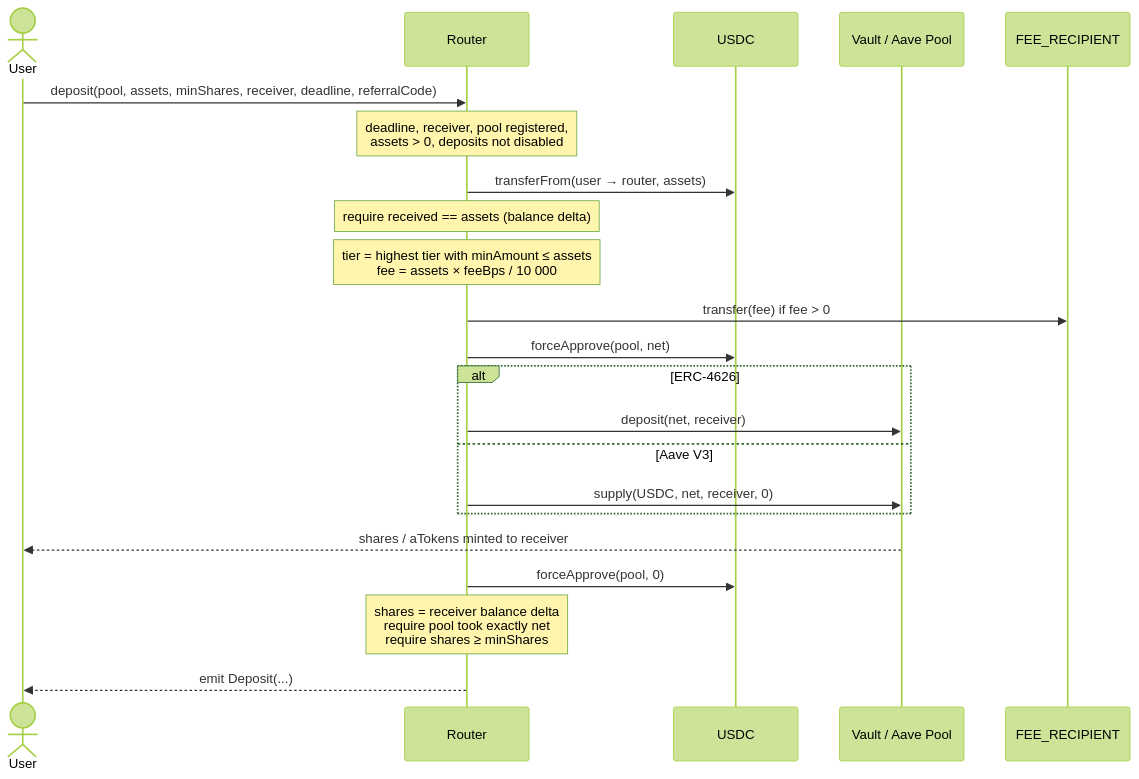
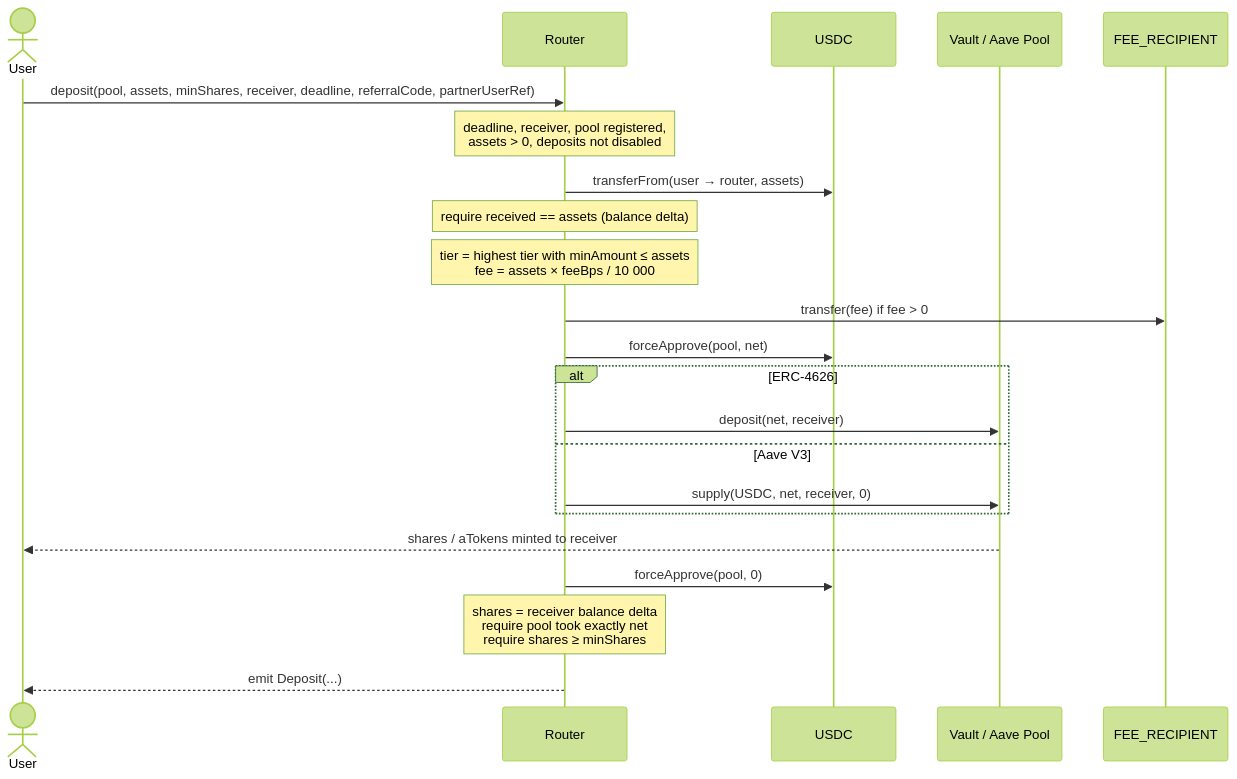
Before and after one commit to unodev-core/restake-router-defi: the second of 7 diagrams in README.md, drawn with Mermaid (forest theme). The commit also changed other lines of this file and 17 other files, not shown here.

First line of the commit message:
feat: Update router functions to include user reference parameter

````diff
--- a/README.md
+++ b/README.md
@@ -60,25 +60,25 @@
 ```mermaid
 sequenceDiagram
     actor User
     participant Router
     participant USDC
     participant Pool as Vault / Aave Pool
     participant Fee as FEE_RECIPIENT
 
-    User->>Router: deposit(pool, assets, minShares, receiver, deadline, referralCode)
+    User->>Router: deposit(pool, assets, minShares, receiver, deadline, referralCode, partnerUserRef)
     Note over Router: deadline, receiver, pool registered,<br/>assets > 0, deposits not disabled
     Router->>USDC: transferFrom(user → router, assets)
     Note over Router: require received == assets (balance delta)
     Note over Router: tier = highest tier with minAmount ≤ assets<br/>fee = assets × feeBps / 10 000
     Router->>Fee: transfer(fee) if fee > 0
     Router->>USDC: forceApprove(pool, net)
     alt ERC-4626
         Router->>Pool: deposit(net, receiver)
     else Aave V3
         Router->>Pool: supply(USDC, net, receiver, 0)
     end
     Pool-->>User: shares / aTokens minted to receiver
     Router->>USDC: forceApprove(pool, 0)
     Note over Router: shares = receiver balance delta<br/>require pool took exactly net<br/>require shares ≥ minShares
     Router-->>User: emit Deposit(...)
 ```
````
